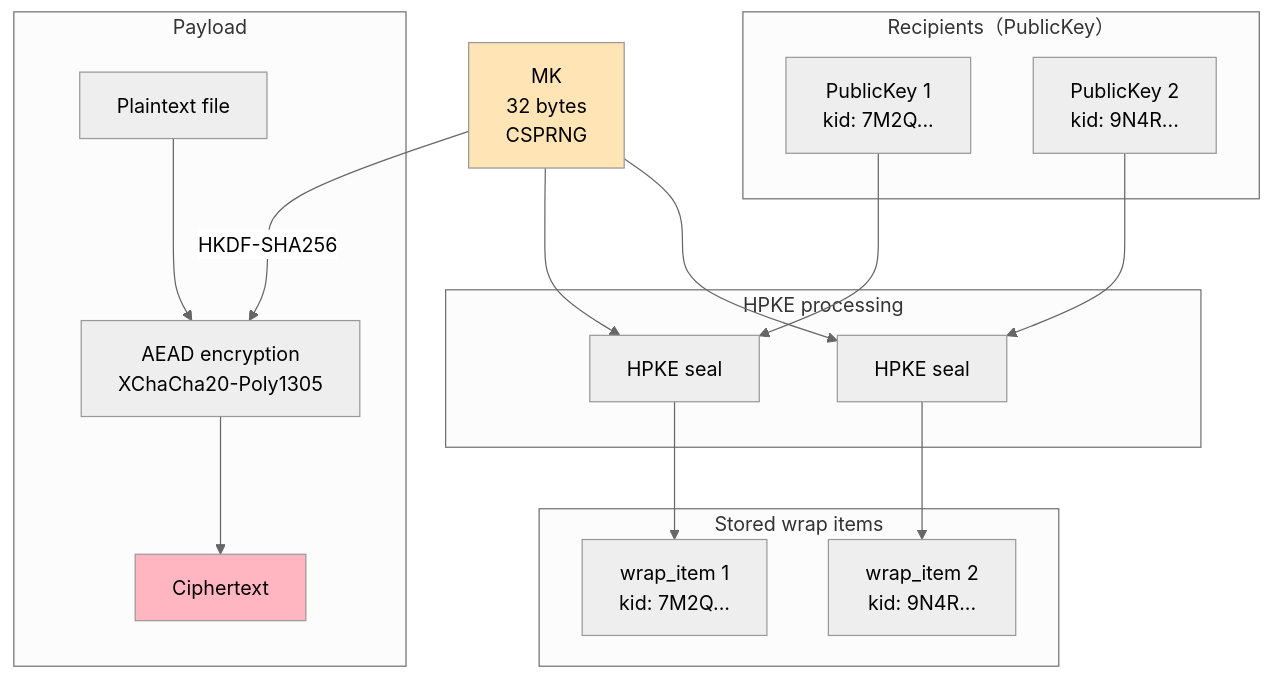
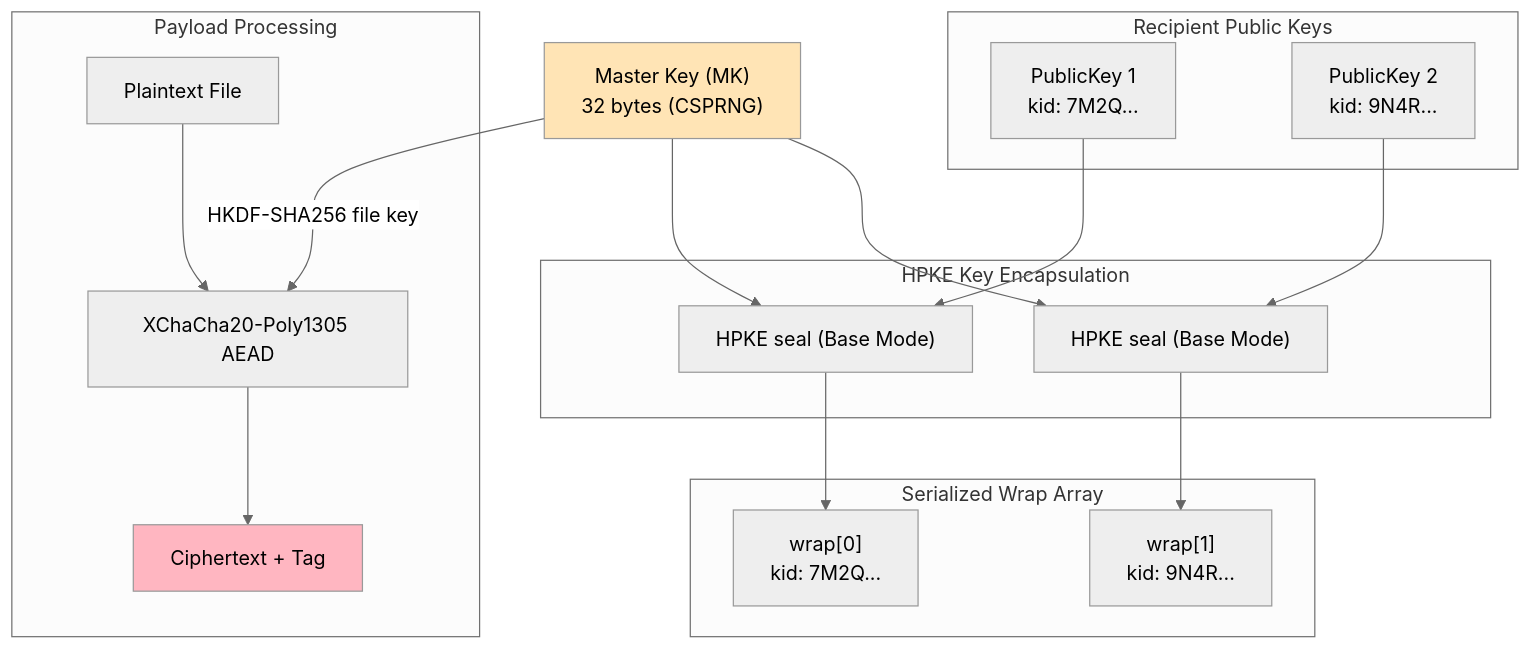
Before and after one commit to ebisawa/kapsaro: the third of 6 diagrams in guides/security_design_en.md, drawn with Mermaid (neutral theme). The commit also changed other lines of this file and 12 other files, not shown here.

````diff
--- a/guides/security_design_en.md
+++ b/guides/security_design_en.md
@@ -648,38 +823,38 @@
 ```mermaid
 graph TB
-    subgraph recipients["Recipients（PublicKey）"]
+    subgraph recipients["Recipient Public Keys"]
         PK1["PublicKey 1<br/>kid: 7M2Q..."]
         PK2["PublicKey 2<br/>kid: 9N4R..."]
     end
 
-    subgraph hpke["HPKE processing"]
-        HPKE1[HPKE seal]
-        HPKE2[HPKE seal]
+    subgraph hpke["HPKE Key Encapsulation"]
+        HPKE1["HPKE seal (Base Mode)"]
+        HPKE2["HPKE seal (Base Mode)"]
     end
 
-    subgraph wrap["Stored wrap items"]
-        W1["wrap_item 1<br/>kid: 7M2Q..."]
-        W2["wrap_item 2<br/>kid: 9N4R..."]
+    subgraph wrap["Serialized Wrap Array"]
+        W1["wrap[0]<br/>kid: 7M2Q..."]
+        W2["wrap[1]<br/>kid: 9N4R..."]
     end
 
-    MK["MK<br/>32 bytes<br/>CSPRNG"]
+    MK["Master Key (MK)<br/>32 bytes (CSPRNG)"]
 
-    subgraph payload["Payload"]
-        PT[Plaintext file]
-        AEAD[AEAD encryption<br/>XChaCha20-Poly1305]
-        CT["Ciphertext"]
+    subgraph payload["Payload Processing"]
+        PT["Plaintext File"]
+        AEAD["XChaCha20-Poly1305 AEAD"]
+        CT["Ciphertext + Tag"]
     end
 
     PK1 --> HPKE1
     MK --> HPKE1
     HPKE1 --> W1
     PK2 --> HPKE2
     MK --> HPKE2
     HPKE2 --> W2
-    MK -->|HKDF-SHA256| AEAD
+    MK -->|"HKDF-SHA256 file key"| AEAD
     PT --> AEAD
     AEAD --> CT
 
     style MK fill:#FFE4B5
     style CT fill:#FFB6C1
 ```
````
